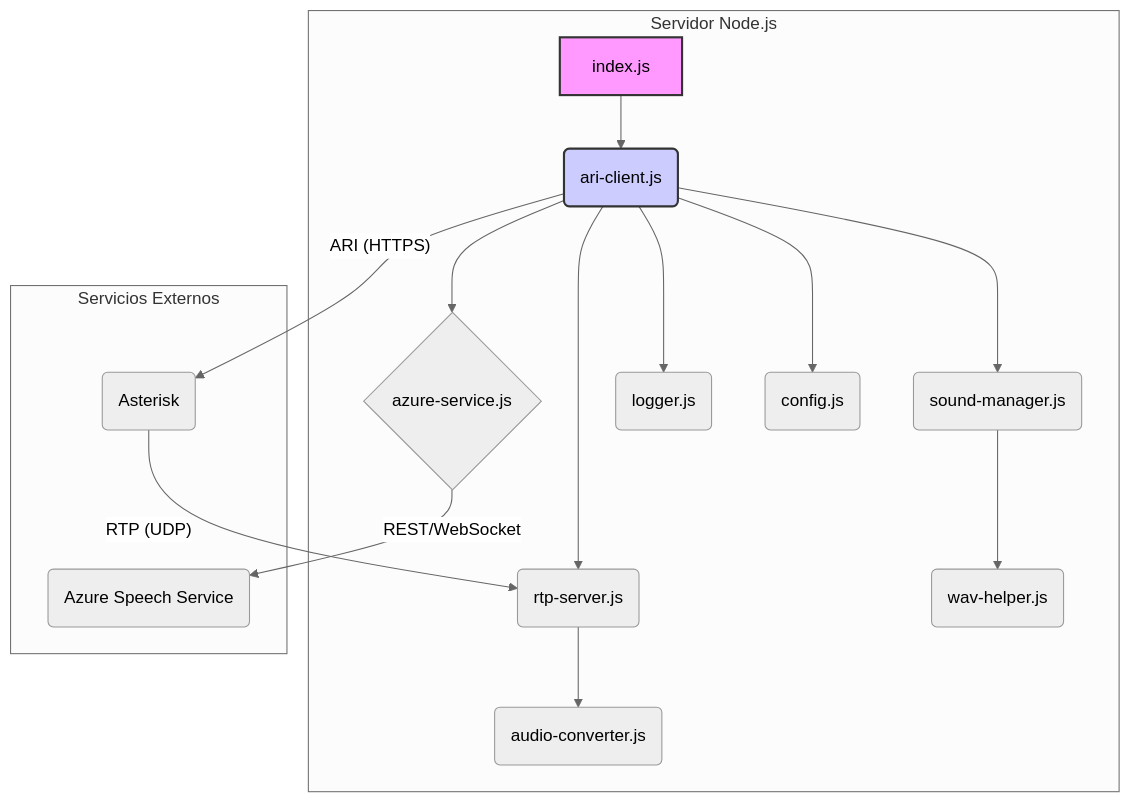
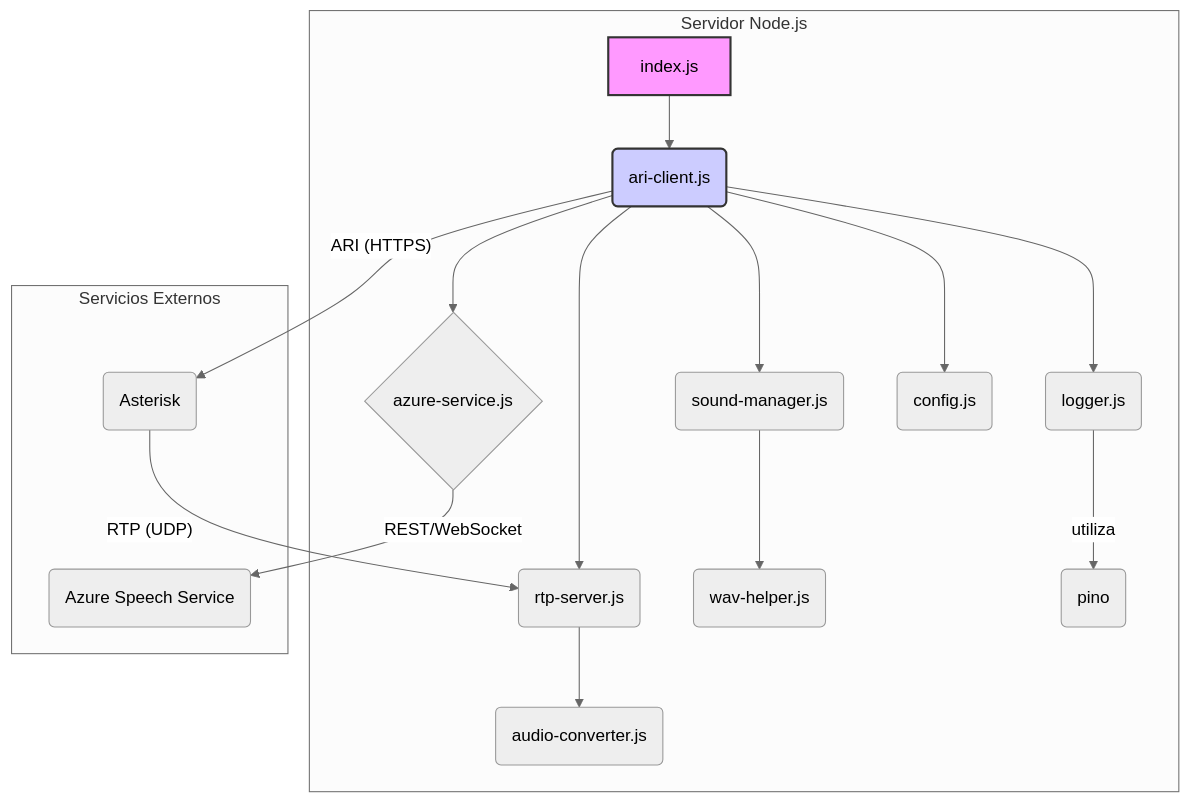
Before and after one commit to egorky/ARI-STT-TTS-Azure-Realtime: the first of 2 diagrams in docs/01-architecture.md, drawn with Mermaid (neutral theme). The commit also changed other lines of this file and 8 other files, not shown here.

````diff
--- a/docs/01-architecture.md
+++ b/docs/01-architecture.md
@@ -15,25 +15,26 @@
 ```mermaid
 graph TD
     subgraph "Servidor Node.js"
         A[index.js] --> B(ari-client.js);
         B --> C{azure-service.js};
         B --> D(rtp-server.js);
         B --> E(sound-manager.js);
         D --> F(audio-converter.js);
         E --> G(wav-helper.js);
         B --> H(logger.js);
         B --> I(config.js);
+        H -- utiliza --> P(pino);
     end
 
     subgraph "Servicios Externos"
         J(Asterisk);
         K(Azure Speech Service);
     end
 
     B -- ARI (HTTPS) --> J;
     J -- RTP (UDP) --> D;
     C -- REST/WebSocket --> K;
 
     style A fill:#f9f,stroke:#333,stroke-width:2px;
     style B fill:#ccf,stroke:#333,stroke-width:2px;
 ```
````
